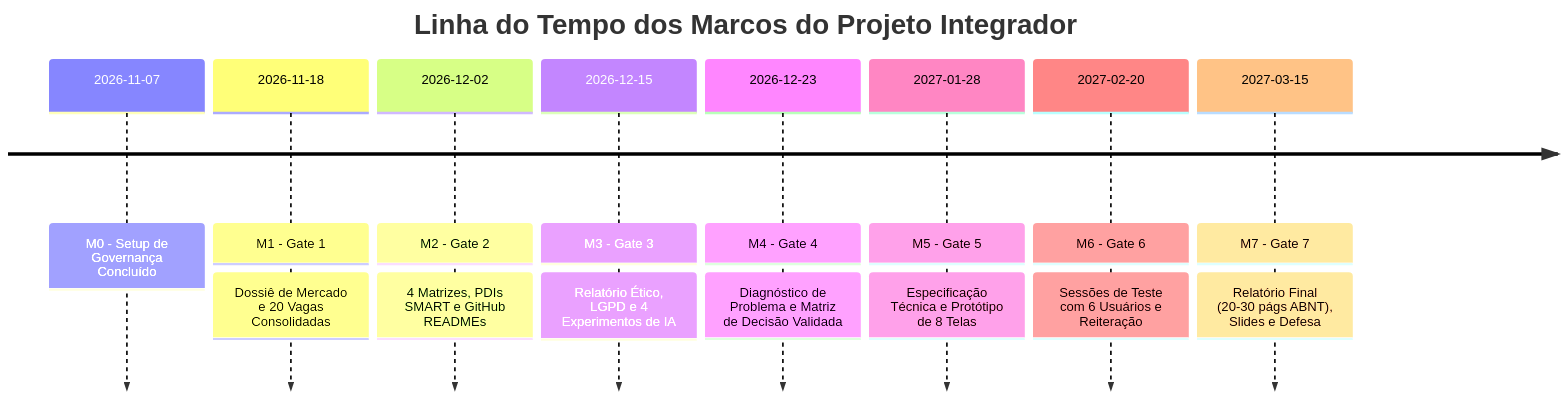
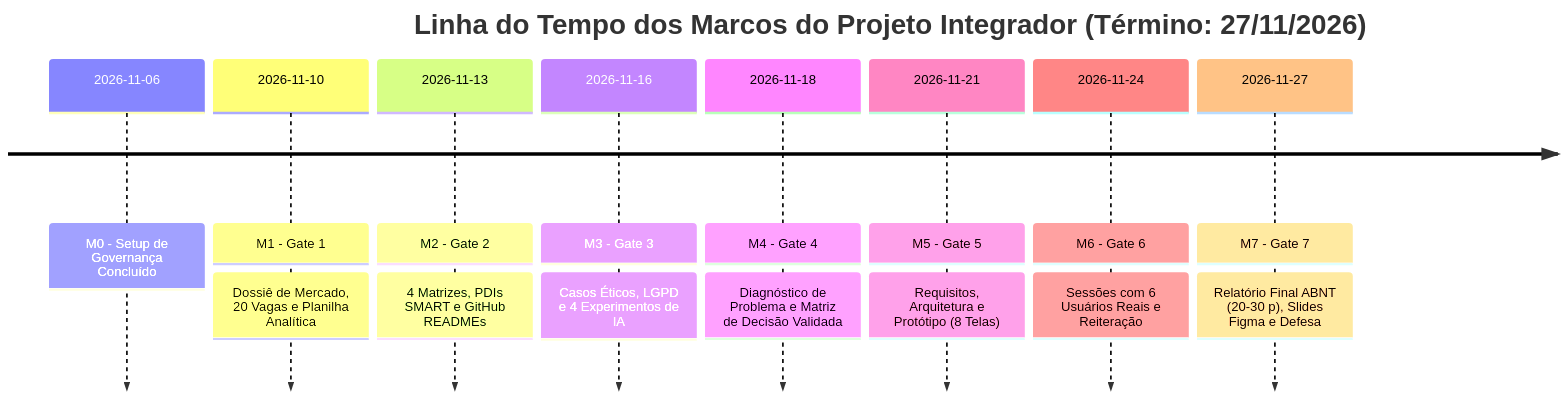
The diagram in 00_gestao/cronograma.md (iGabrielCampos/Projeto_Integrador), drawn with Mermaid before and after one commit. The commit also changed other lines of this file and 20 other files, not shown here.

Commit message:
etapa-1: investigacao do mercado de TI (24 vagas, planilha e dossie mestre) (Gabriel Amancio)

````diff
--- a/00_gestao/cronograma.md
+++ b/00_gestao/cronograma.md
@@ -36,12 +36,12 @@
 ```mermaid
 timeline
-    title Linha do Tempo dos Marcos do Projeto Integrador
-    2026-11-07 : M0 - Setup de Governança Concluído
-    2026-11-18 : M1 - Gate 1: Dossiê de Mercado e 20 Vagas Consolidadas
-    2026-12-02 : M2 - Gate 2: 4 Matrizes, PDIs SMART e GitHub READMEs
-    2026-12-15 : M3 - Gate 3: Relatório Ético, LGPD e 4 Experimentos de IA
-    2026-12-23 : M4 - Gate 4: Diagnóstico de Problema e Matriz de Decisão Validada
-    2027-01-28 : M5 - Gate 5: Especificação Técnica e Protótipo de 8 Telas
-    2027-02-20 : M6 - Gate 6: Sessões de Teste com 6 Usuários e Reiteração
-    2027-03-15 : M7 - Gate 7: Relatório Final (20-30 págs ABNT), Slides e Defesa
+    title Linha do Tempo dos Marcos do Projeto Integrador (Término: 27/11/2026)
+    2026-11-06 : M0 - Setup de Governança Concluído
+    2026-11-10 : M1 - Gate 1: Dossiê de Mercado, 20 Vagas e Planilha Analítica
+    2026-11-13 : M2 - Gate 2: 4 Matrizes, PDIs SMART e GitHub READMEs
+    2026-11-16 : M3 - Gate 3: Casos Éticos, LGPD e 4 Experimentos de IA
+    2026-11-18 : M4 - Gate 4: Diagnóstico de Problema e Matriz de Decisão Validada
+    2026-11-21 : M5 - Gate 5: Requisitos, Arquitetura e Protótipo (8 Telas)
+    2026-11-24 : M6 - Gate 6: Sessões com 6 Usuários Reais e Reiteração
+    2026-11-27 : M7 - Gate 7: Relatório Final ABNT (20-30 p), Slides Figma e Defesa
 ```
````
